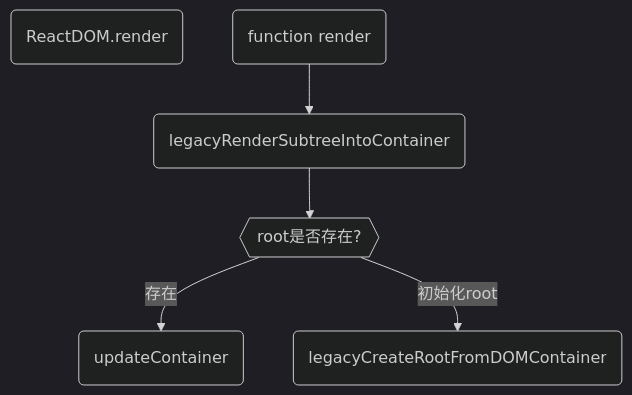
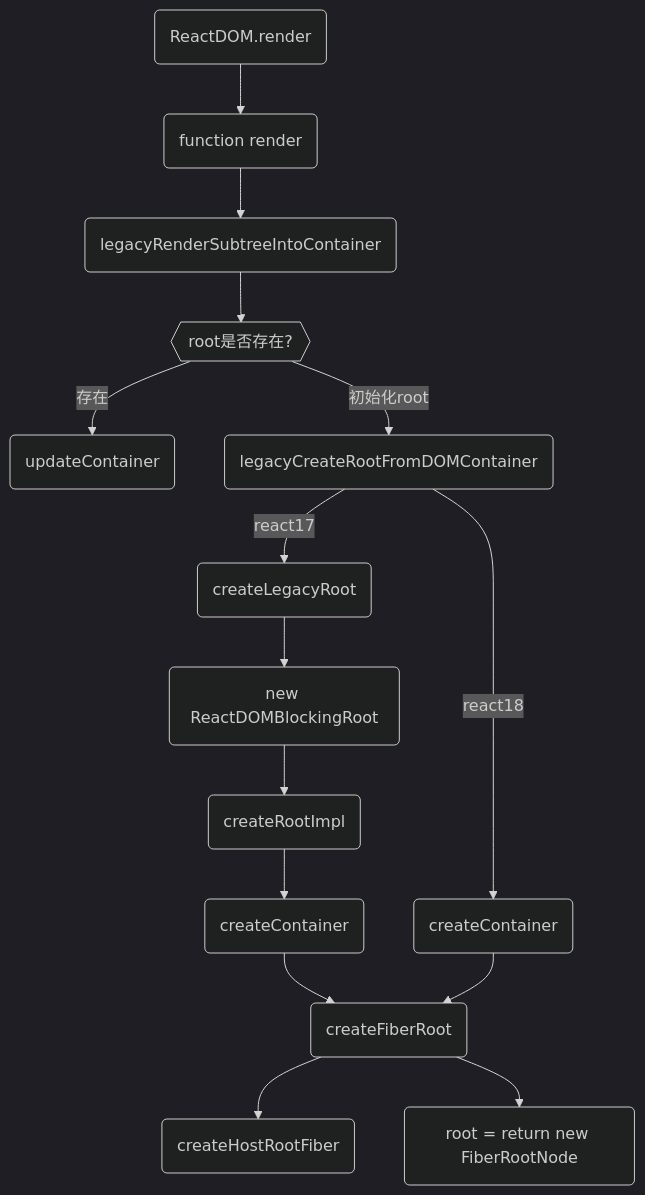
Before and after one commit to huiruo/code-record-manual: the second of 3 diagrams in 08-React-core/00_分析render/00_2_mermaid.md, drawn with Mermaid (dark theme). The commit also changed other lines of this file and 4 other files, not shown here.

````diff
--- a/08-React-core/00_分析render/00_2_mermaid.md
+++ b/08-React-core/00_分析render/00_2_mermaid.md
@@ -1,12 +35,40 @@
 ```mermaid
 flowchart TB
-A1(ReactDOM.render)
-B2(function render)
+AAA(ReactDOM.render)-->BBB
+BBB(function render)
 
 B3(legacyRenderSubtreeIntoContainer)
-B2-->B3
+
+BBB-->B3
 
 B3-->B3-1{{root是否存在?}}
+
 B3-1--存在-->C2(updateContainer)
+
 B3-1--初始化root-->C1(legacyCreateRootFromDOMContainer)
+
+C1--react18-->C1a(createContainer)
+
+C1--react17-->C1b(createLegacyRoot)-->C1c(new ReactDOMBlockingRoot)
+
+%% 该方法最终返回了处理完成后的root
+C1c-->D1(createRootImpl)
+
+%% 创建fiberRoot: var root = createContainer(container, tag, hydrate);
+D1-->D1a(createContainer)
+
+%% 创建fiberRoot对象
+%% return createFiberRoot(containerInfo, tag, hydrate);
+D1c(createFiberRoot)
+
+D1c-->E12(createHostRootFiber)
+
+%% 17 root
+D1a-->D1c
+%% 18 root
+C1a-->D1c
+
+%% 最终创建了 fiberRoot 和 rootFiber：
+%% return root;
+D1c-->E1(root = return new FiberRootNode)
 ```
````
